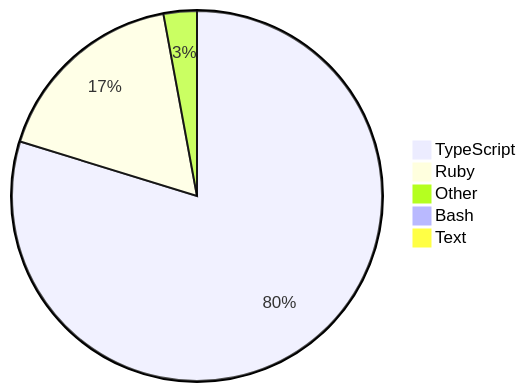
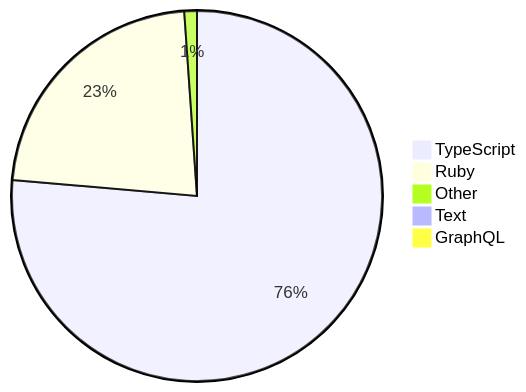
One commit to skvggor/skvggor changed the diagram in README.md. Above: the diagram before and after it, drawn with Mermaid.

Commit message:
Updated waka-readme graph with new metrics

````diff
--- a/README.md
+++ b/README.md
@@ -16,8 +16,8 @@
 ```mermaid
 pie
-    "TypeScript" : 79.6
-    "Ruby" : 17.3
-    "Other" : 2.9
-    "Bash" : 0.2
+    "TypeScript" : 76.3
+    "Ruby" : 22.5
+    "Other" : 1.1
     "Text" : 0.0
+    "GraphQL" : 0.0
 ```
````
